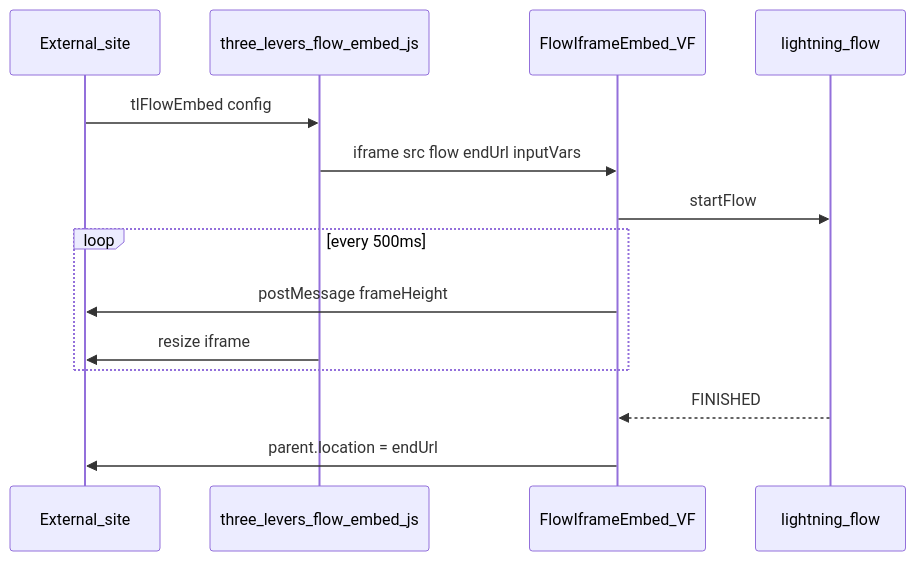
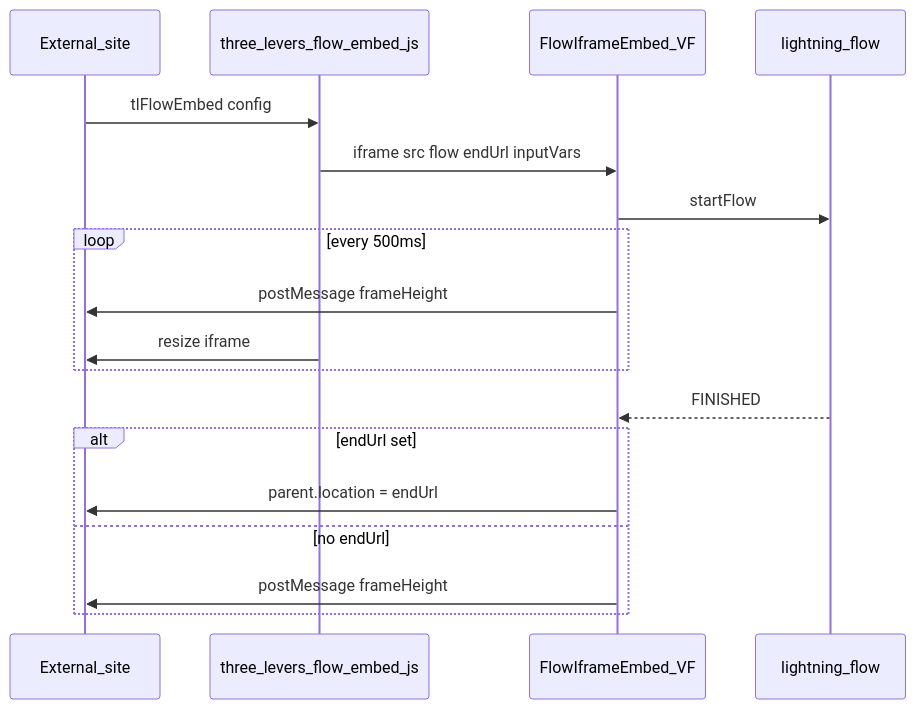
The diagram in README.md (jason-best/lightning-flow-iframe), drawn with Mermaid before and after one commit. The commit also changed other lines of this file and 3 other files, not shown here.

Commit message:
Publish FlowIframeEmbed 1.2.2 and keep iframe height in sync after finish.

````diff
--- a/README.md
+++ b/README.md
@@ -27,17 +27,21 @@
 ```mermaid
 sequenceDiagram
   participant Parent as External_site
   participant Widget as three_levers_flow_embed_js
   participant VF as FlowIframeEmbed_VF
   participant Flow as lightning_flow
 
   Parent->>Widget: tlFlowEmbed config
   Widget->>VF: iframe src flow endUrl inputVars
   VF->>Flow: startFlow
   loop every 500ms
     VF->>Parent: postMessage frameHeight
     Widget->>Parent: resize iframe
   end
   Flow-->>VF: FINISHED
-  VF->>Parent: parent.location = endUrl
+  alt endUrl set
+    VF->>Parent: parent.location = endUrl
+  else no endUrl
+    VF->>Parent: postMessage frameHeight
+  end
 ```
````
